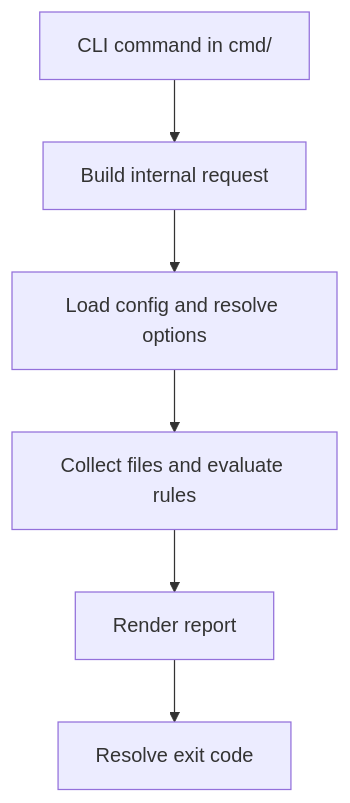
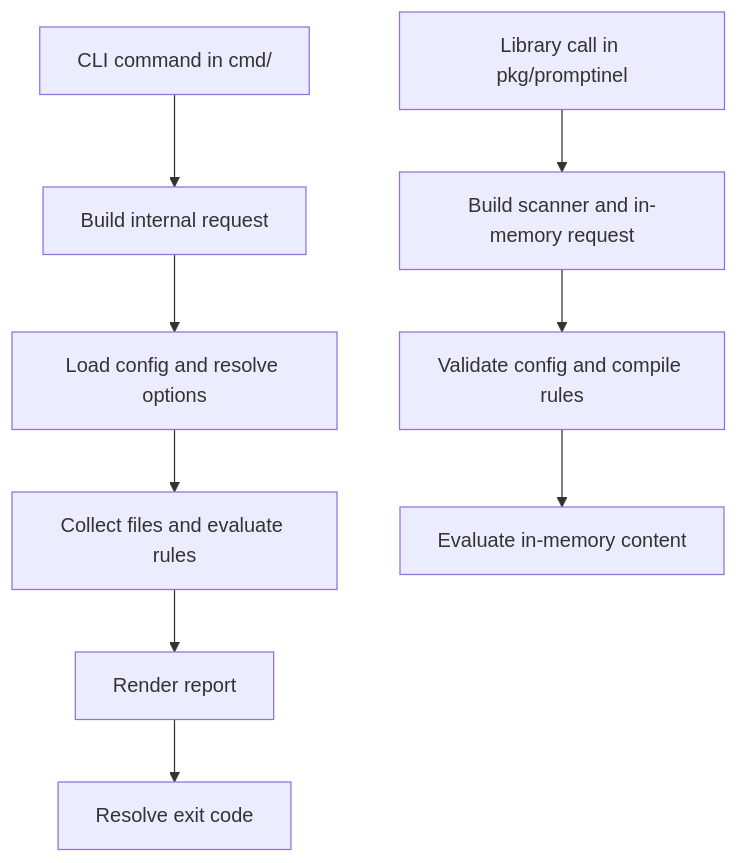
The diagram in docs/Architecture.md (CunningFatalist/promptinel), drawn with Mermaid before and after one commit. The commit also changed other lines of this file and 10 other files, not shown here.

Commit message:
feat(library): expose in-memory scanner API

````diff
--- a/docs/Architecture.md
+++ b/docs/Architecture.md
@@ -17,8 +17,11 @@
 ```mermaid
 flowchart TD
     A["CLI command in cmd/"] --> B["Build internal request"]
+    G["Library call in pkg/promptinel"] --> H["Build scanner and in-memory request"]
     B --> C["Load config and resolve options"]
+    H --> I["Validate config and compile rules"]
     C --> D["Collect files and evaluate rules"]
+    I --> J["Evaluate in-memory content"]
     D --> E["Render report"]
     E --> F["Resolve exit code"]
 ```
````
